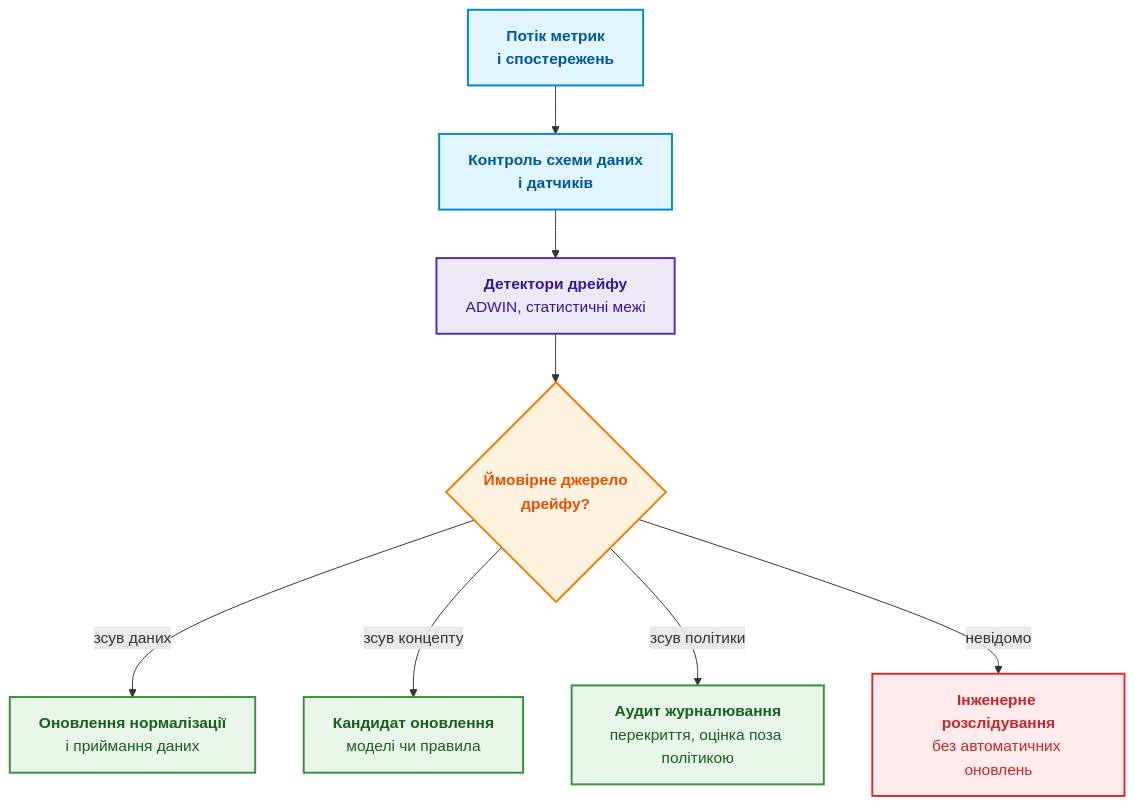
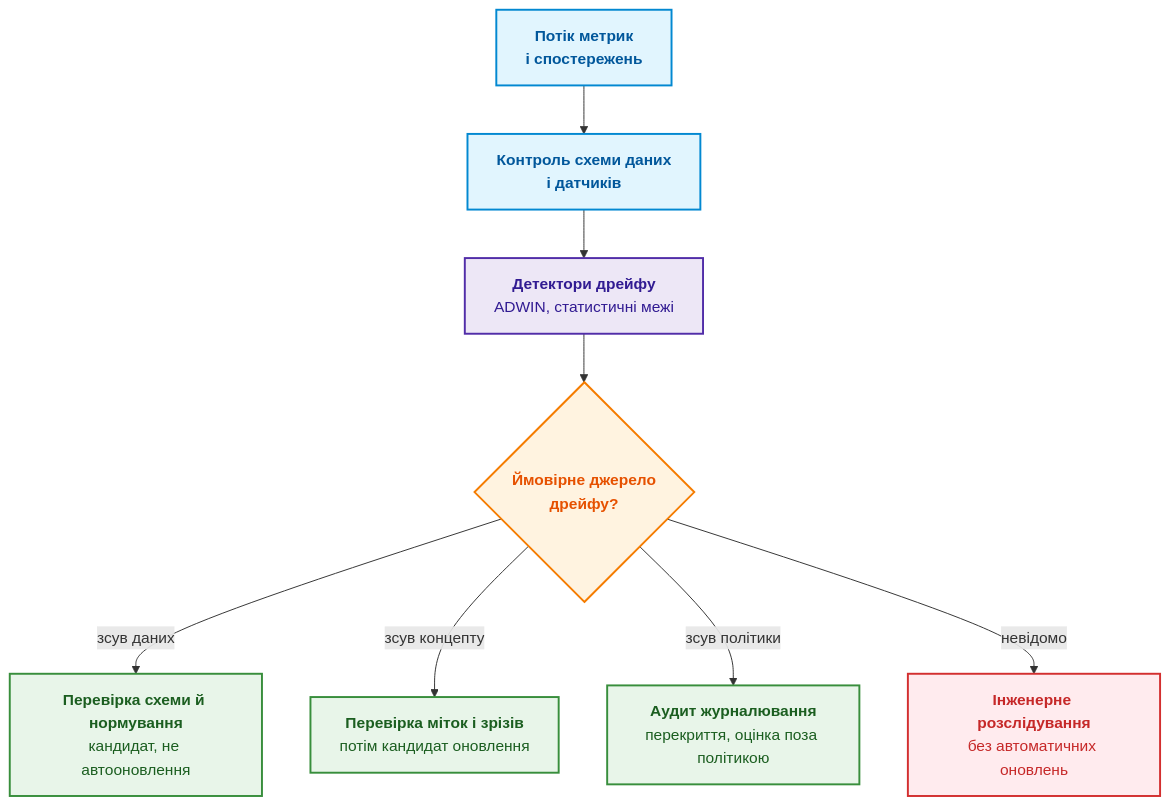
The fourth of 7 diagrams in ExpertSystem/ch26-continual-learning.md (nick-fedchik/articles), drawn with Mermaid before and after one commit. The commit also changed other lines of this file and 7 other files, not shown here.

````diff
--- a/ExpertSystem/ch26-continual-learning.md
+++ b/ExpertSystem/ch26-continual-learning.md
@@ -463,25 +527,25 @@
 ```mermaid
 flowchart TD
     accTitle: Діагностика та класифікація дрейфу
     accDescr: Потік метрик проходить контроль схеми даних і датчиків та детектори дрейфу; залежно від імовірного джерела дрейф веде до оновлення приймання даних, кандидата моделі чи правила, аудиту журналювання або інженерного розслідування без автоматичних оновлень.
 
     SIG["<b>Потік метрик<br/>і спостережень</b>"] --> QUAL["<b>Контроль схеми даних<br/>і датчиків</b>"]
     QUAL --> DET["<b>Детектори дрейфу</b><br/>ADWIN, статистичні межі"]
     DET --> TYP{"<b>Ймовірне джерело<br/>дрейфу?</b>"}
-    TYP -->|"зсув даних"| ING["<b>Оновлення нормалізації</b><br/>і приймання даних"]
-    TYP -->|"зсув концепту"| CAND["<b>Кандидат оновлення</b><br/>моделі чи правила"]
+    TYP -->|"зсув даних"| ING["<b>Перевірка схеми й нормування</b><br/>кандидат, не автооновлення"]
+    TYP -->|"зсув концепту"| CAND["<b>Перевірка міток і зрізів</b><br/>потім кандидат оновлення"]
     TYP -->|"зсув політики"| LOG["<b>Аудит журналювання</b><br/>перекриття, оцінка поза політикою"]
     TYP -->|"невідомо"| INV["<b>Інженерне розслідування</b><br/>без автоматичних оновлень"]
 
     classDef inp fill:#e1f5fe,stroke:#0288d1,stroke-width:2px,color:#01579b;
     classDef det fill:#ede7f6,stroke:#512da8,stroke-width:2px,color:#311b92;
     classDef gate fill:#fff3e0,stroke:#f57c00,stroke-width:2px,color:#e65100;
     classDef act fill:#e8f5e9,stroke:#388e3c,stroke-width:2px,color:#1b5e20;
     classDef stop fill:#ffebee,stroke:#d32f2f,stroke-width:2px,color:#c62828;
 
     class SIG,QUAL inp;
     class DET det;
     class TYP gate;
     class ING,CAND,LOG act;
     class INV stop;
 ```
````
